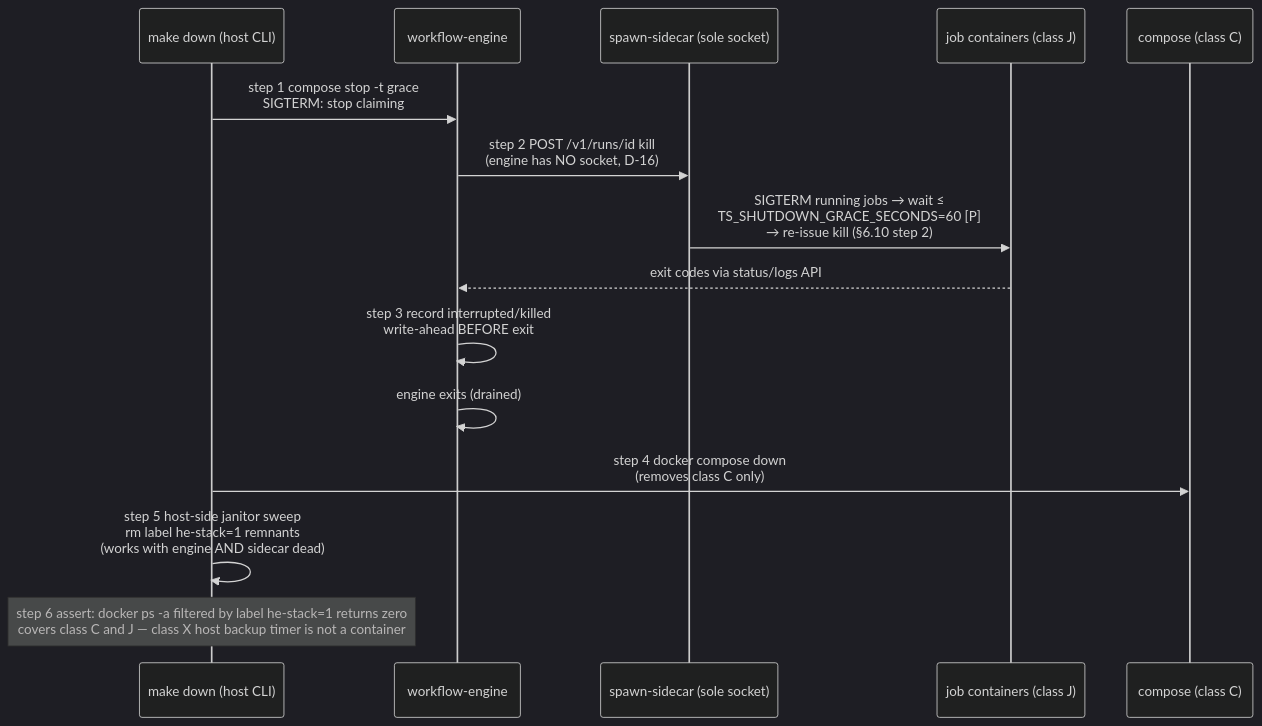
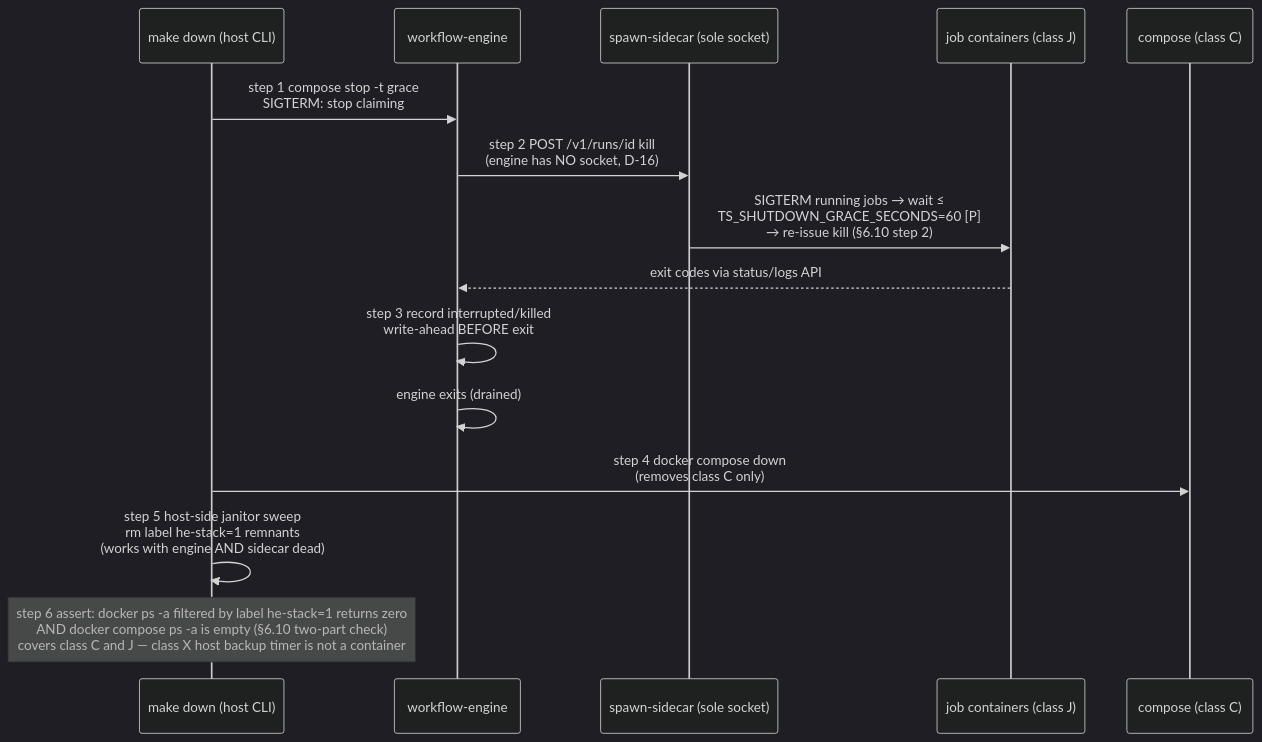
The fifth of 9 diagrams in docs/HE-TOOLSTACK-TECHNICAL-DESIGN.md (jstevenjacobs/HE-toolstack), drawn with Mermaid (dark theme) before and after one commit. The commit also changed other lines of this file and 2 other files, not shown here.

Commit message:
dp(R5-fu): ChatGPT follow-up archived (9cf088f3); M3/M5 residual fixes as prescribed — D3 LB loopback [proposal]+11.6 tag, D9 step-6 two-part assertion; gates 27/0

````diff
--- a/docs/HE-TOOLSTACK-TECHNICAL-DESIGN.md
+++ b/docs/HE-TOOLSTACK-TECHNICAL-DESIGN.md
@@ -902,17 +902,17 @@
 ```mermaid
 sequenceDiagram
     participant MD as make down (host CLI)
     participant WE as workflow-engine
     participant SC as spawn-sidecar (sole socket)
     participant JB as job containers (class J)
     participant CP as compose (class C)
     MD->>WE: step 1 compose stop -t grace<br/>SIGTERM: stop claiming
     WE->>SC: step 2 POST /v1/runs/id kill<br/>(engine has NO socket, D-16)
     SC->>JB: SIGTERM running jobs → wait ≤<br/>TS_SHUTDOWN_GRACE_SECONDS=60 [P]<br/>→ re-issue kill (§6.10 step 2)
     JB-->>WE: exit codes via status/logs API
     WE->>WE: step 3 record interrupted/killed<br/>write-ahead BEFORE exit
     WE->>WE: engine exits (drained)
     MD->>CP: step 4 docker compose down<br/>(removes class C only)
     MD->>MD: step 5 host-side janitor sweep<br/>rm label he-stack=1 remnants<br/>(works with engine AND sidecar dead)
-    Note over MD: step 6 assert: docker ps -a filtered by label he-stack=1 returns zero<br/>covers class C and J — class X host backup timer is not a container
+    Note over MD: step 6 assert: docker ps -a filtered by label he-stack=1 returns zero<br/>AND docker compose ps -a is empty (§6.10 two-part check)<br/>covers class C and J — class X host backup timer is not a container
 ```
````
